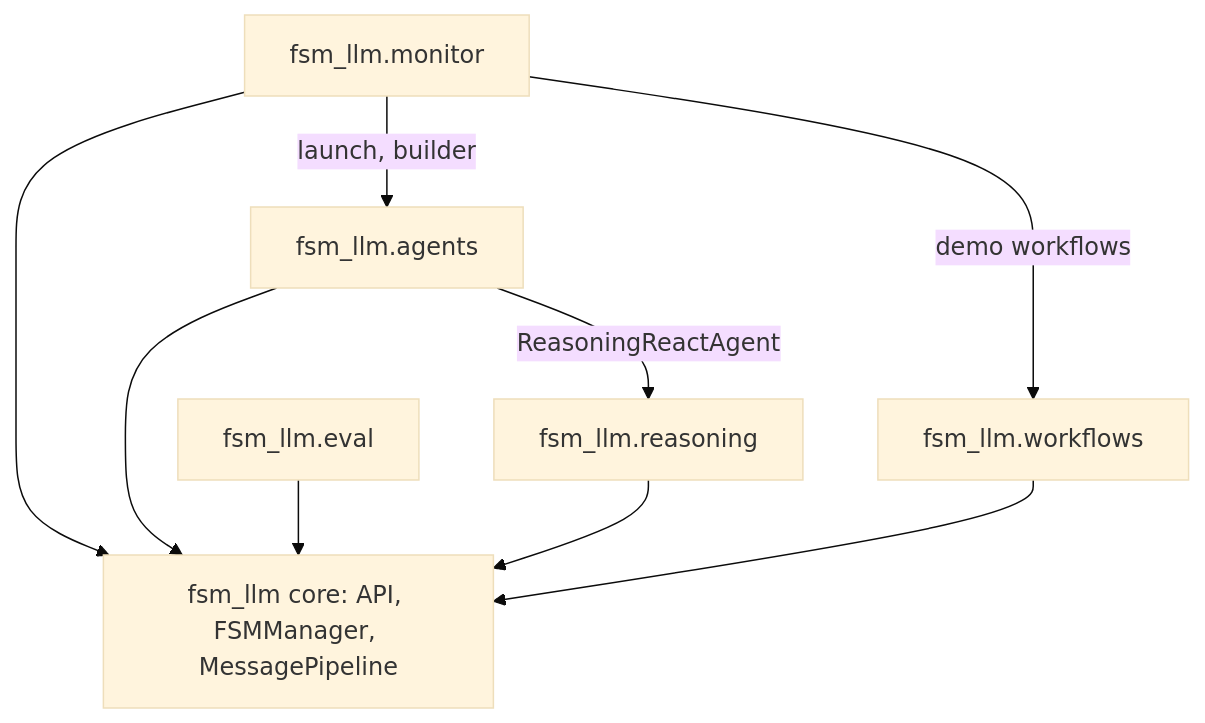
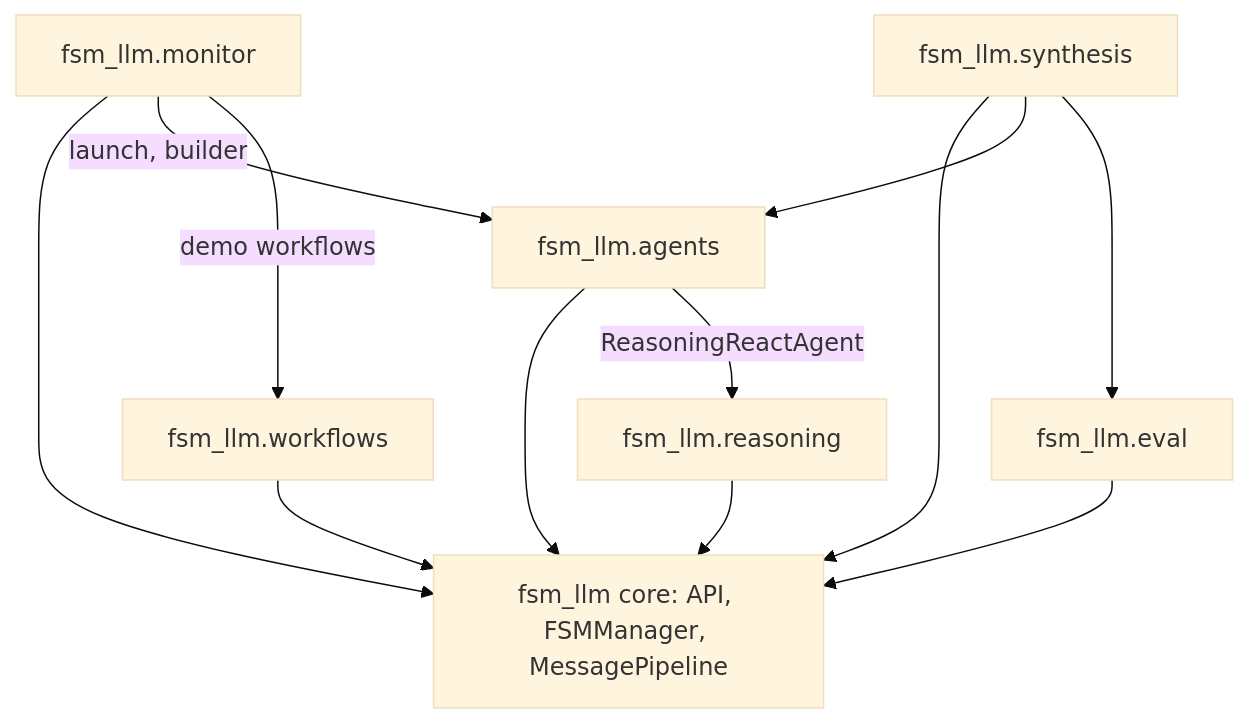
Before and after one commit to NikolasMarkou/fsm_llm: the second of 2 diagrams in README.md, drawn with Mermaid (base theme). The commit also changed other lines of this file and 11 other files, not shown here.

````diff
--- a/README.md
+++ b/README.md
@@ -428,12 +429,15 @@
 ```mermaid
 flowchart TD
     core[fsm_llm core: API, FSMManager, MessagePipeline]
     reasoning[fsm_llm.reasoning] --> core
     workflows[fsm_llm.workflows] --> core
     agents[fsm_llm.agents] --> core
     agents -- ReasoningReactAgent --> reasoning
     monitor[fsm_llm.monitor] --> core
     monitor -- launch, builder --> agents
     monitor -- demo workflows --> workflows
     eval[fsm_llm.eval] --> core
+    synthesis[fsm_llm.synthesis] --> core
+    synthesis --> agents
+    synthesis --> eval
 ```
````
